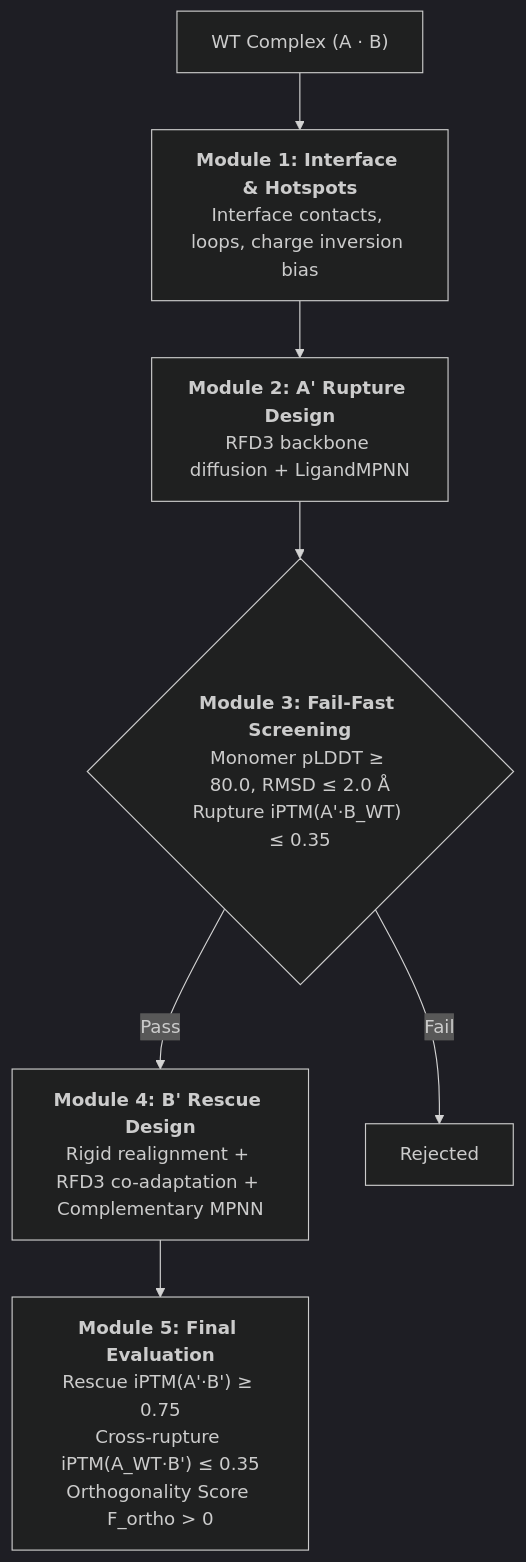
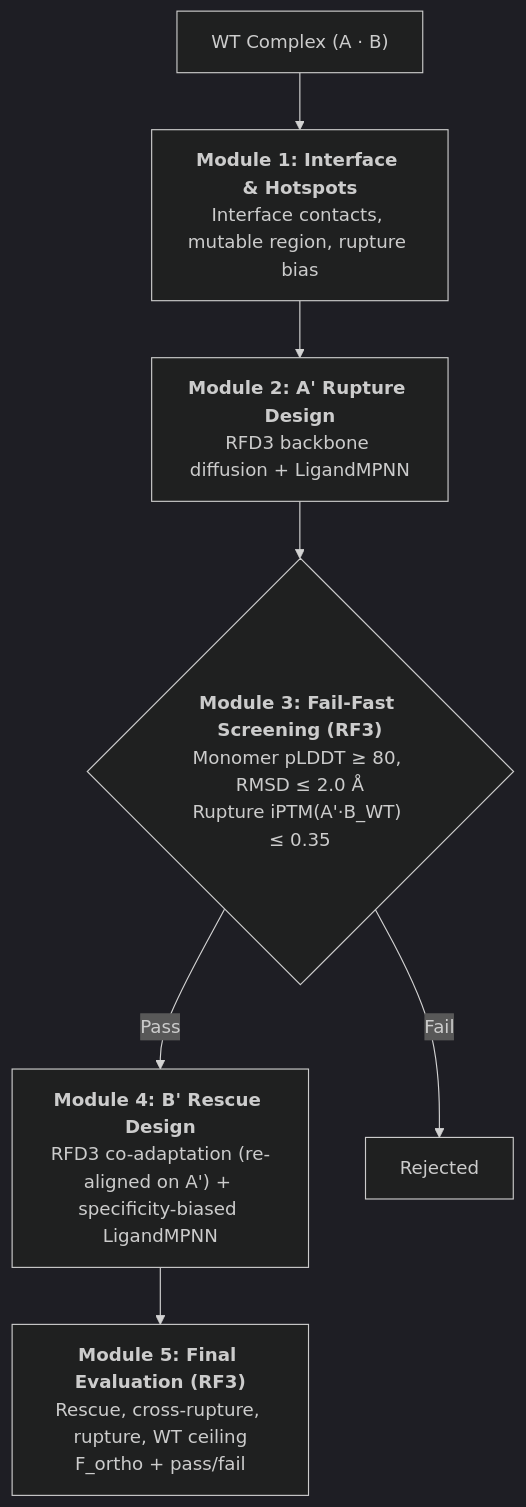
The diagram in README.md (robinchatras0-blip/OrthoPPInterface), drawn with Mermaid (dark theme) before and after one commit. The commit also changed other lines of this file and 64 other files, not shown here.

````diff
--- a/README.md
+++ b/README.md
@@ -7,9 +7,9 @@
 ```mermaid
 flowchart TD
-    WT["WT Complex (A · B)"] --> M1["<b>Module 1: Interface & Hotspots</b><br/>Interface contacts, loops, charge inversion bias"]
+    WT["WT Complex (A · B)"] --> M1["<b>Module 1: Interface & Hotspots</b><br/>Interface contacts, mutable region, rupture bias"]
     M1 --> M2["<b>Module 2: A' Rupture Design</b><br/>RFD3 backbone diffusion + LigandMPNN"]
-    M2 --> M3{"<b>Module 3: Fail-Fast Screening</b><br/>Monomer pLDDT ≥ 80.0, RMSD ≤ 2.0 Å<br/>Rupture iPTM(A'·B_WT) ≤ 0.35"}
-    M3 -- Pass --> M4["<b>Module 4: B' Rescue Design</b><br/>Rigid realignment + RFD3 co-adaptation + Complementary MPNN"]
+    M2 --> M3{"<b>Module 3: Fail-Fast Screening (RF3)</b><br/>Monomer pLDDT ≥ 80, RMSD ≤ 2.0 Å<br/>Rupture iPTM(A'·B_WT) ≤ 0.35"}
+    M3 -- Pass --> M4["<b>Module 4: B' Rescue Design</b><br/>RFD3 co-adaptation (re-aligned on A') + specificity-biased LigandMPNN"]
     M3 -- Fail --> Drop["Rejected"]
-    M4 --> M5["<b>Module 5: Final Evaluation</b><br/>Rescue iPTM(A'·B') ≥ 0.75<br/>Cross-rupture iPTM(A_WT·B') ≤ 0.35<br/>Orthogonality Score F_ortho > 0"]
+    M4 --> M5["<b>Module 5: Final Evaluation (RF3)</b><br/>Rescue, cross-rupture, rupture, WT ceiling<br/>F_ortho + pass/fail"]
 ```
````
